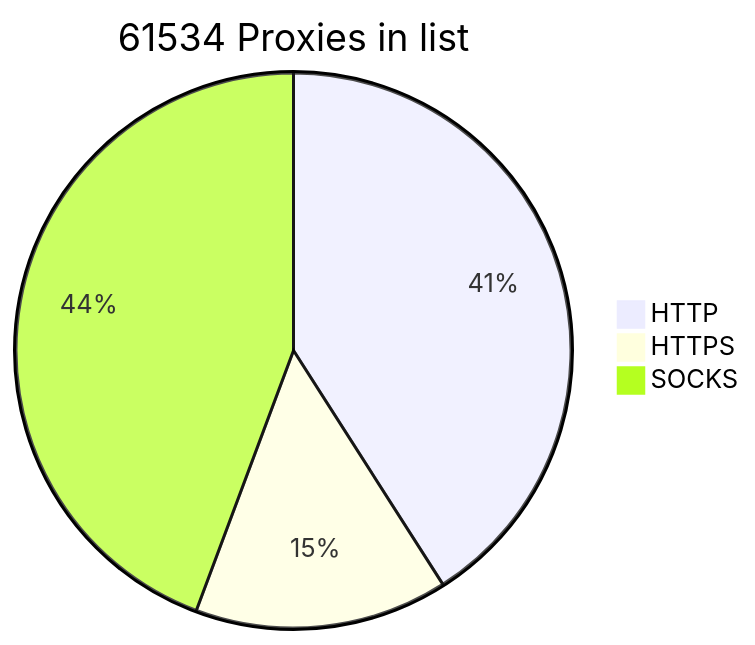
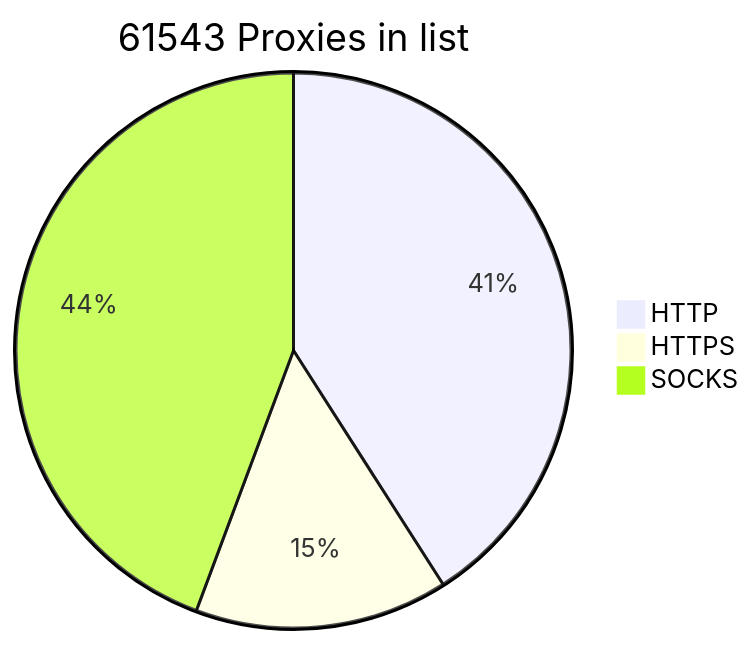
One commit to BlackSnowDot/proxylist-update-every-minute changed the diagram in README.md. Above: the diagram before and after it, drawn with Mermaid.

````diff
--- a/README.md
+++ b/README.md
@@ -2,6 +2,6 @@
 ```mermaid
-pie title 61534 Proxies in list
-    "HTTP" : 28584
-    "HTTPS": 10288
-    "SOCKS" : 30922
+pie title 61543 Proxies in list
+    "HTTP" : 28580
+    "HTTPS": 10292
+    "SOCKS" : 30928
 ```
````
